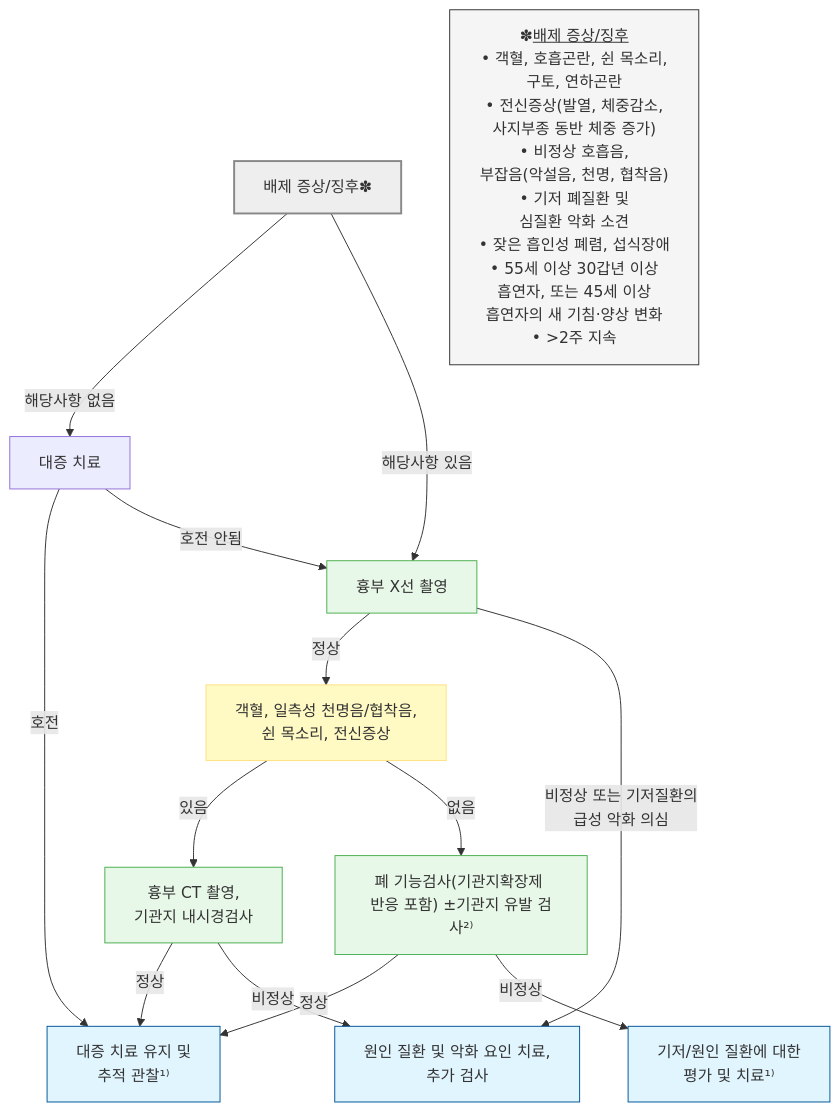
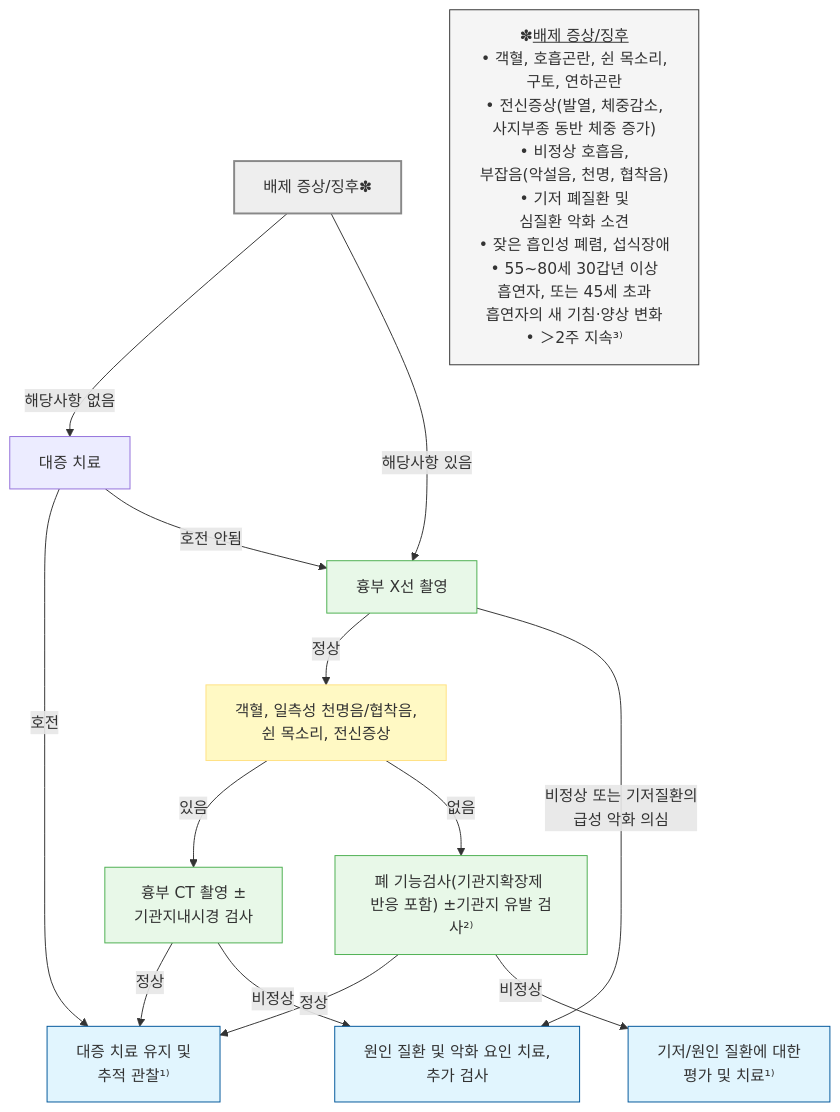
One commit to familyoh77/familyoh77 changed the first of 3 diagrams in 220_/006_-cough.md. Above: the diagram before and after it, drawn with Mermaid. The commit also changed other lines of this file, not shown here.

````diff
--- a/220_/006_-cough.md
+++ b/220_/006_-cough.md
@@ -202,27 +206,27 @@
 ```mermaid
 graph TD
     Start["배제 증상/징후✽"]
     Start -- "해당사항 없음" --> Symptomatic["대증 치료"]
-    FOOTNOTE["✽<u>배제 증상/징후</u><br/>• 객혈, 호흡곤란, 쉰 목소리, <br/>구토, 연하곤란<br/>• 전신증상(발열, 체중감소,<br/> 사지부종 동반 체중 증가)<br/>• 비정상 호흡음, <br/>부잡음(악설음, 천명, 협착음)<br/>• 기저 폐질환 및 <br/>심질환 악화 소견<br/>• 잦은 흡인성 폐렴, 섭식장애<br/>• 55세 이상 30갑년 이상 <br/>흡연자, 또는 45세 이상 <br/>흡연자의 새 기침·양상 변화<br/>• >2주 지속"]
+    FOOTNOTE["✽<u>배제 증상/징후</u><br/>• 객혈, 호흡곤란, 쉰 목소리, <br/>구토, 연하곤란<br/>• 전신증상(발열, 체중감소,<br/> 사지부종 동반 체중 증가)<br/>• 비정상 호흡음, <br/>부잡음(악설음, 천명, 협착음)<br/>• 기저 폐질환 및 <br/>심질환 악화 소견<br/>• 잦은 흡인성 폐렴, 섭식장애<br/>• 55~80세 30갑년 이상 <br/>흡연자, 또는 45세 초과 <br/>흡연자의 새 기침·양상 변화<br/>• ＞2주 지속³⁾"]
     Symptomatic -- "호전" --> Maintain["대증 치료 유지 및 <br/>추적 관찰¹⁾"]
     Symptomatic -- "호전 안됨" --> Xray  
     Start -- "해당사항 있음" --> Xray["흉부 X선 촬영"]
     Xray -- "정상" --> RedFlags["객혈, 일측성 천명음/협착음,<br/>쉰 목소리, 전신증상"]
     Xray -- "비정상 또는 기저질환의 <br/>급성 악화 의심" --> TreatCause["원인 질환 및 악화 요인 치료, <br/>추가 검사"]
-    RedFlags -- "있음" --> CT["흉부 CT 촬영, <br/>기관지 내시경검사"]
+    RedFlags -- "있음" --> CT["흉부 CT 촬영 ±<br/>기관지내시경 검사"]
     RedFlags -- "없음" --> PFT["폐 기능검사(기관지확장제 <br/>반응 포함) ±기관지 유발 검사²⁾"]
     CT -- "정상" --> Maintain
     CT -- "비정상" --> TreatCause
     PFT -- "정상" --> Maintain
     PFT -- "비정상" --> TreatBase["기저/원인 질환에 대한 <br/>평가 및 치료¹⁾"]
 style Start fill:#eeeeee,stroke:#888888,stroke-width:2px
 style FOOTNOTE fill:#f5f5f5,stroke:#333
 classDef yellow fill:#fff9c4,stroke:#ffe082
 class RedFlags yellow
 classDef lightGreen fill:#e8f8e8,stroke:#4caf50
 class Xray,CT,PFT lightGreen
     style Maintain fill:#e1f5fe,stroke:#01579b
     style TreatCause fill:#e1f5fe,stroke:#01579b
     style TreatBase fill:#e1f5fe,stroke:#01579b
 
 ```
````
